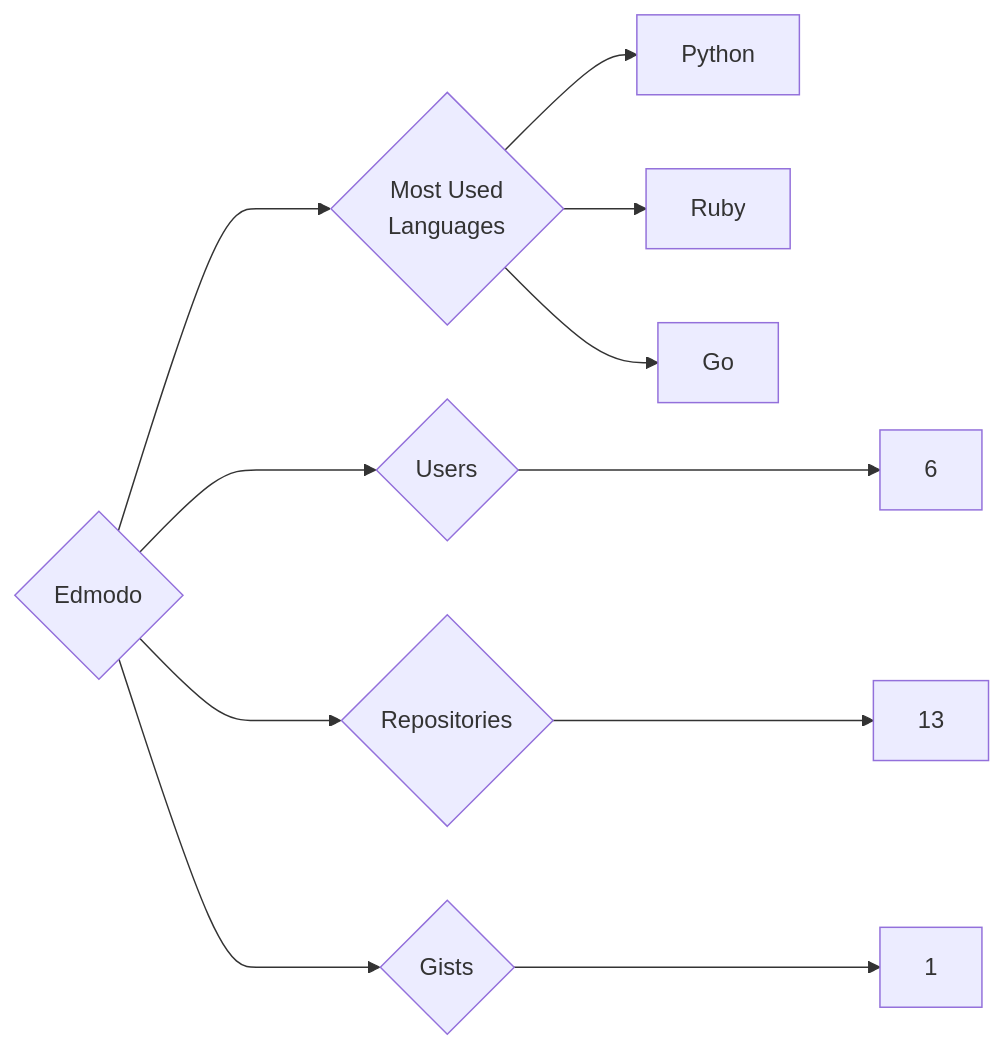
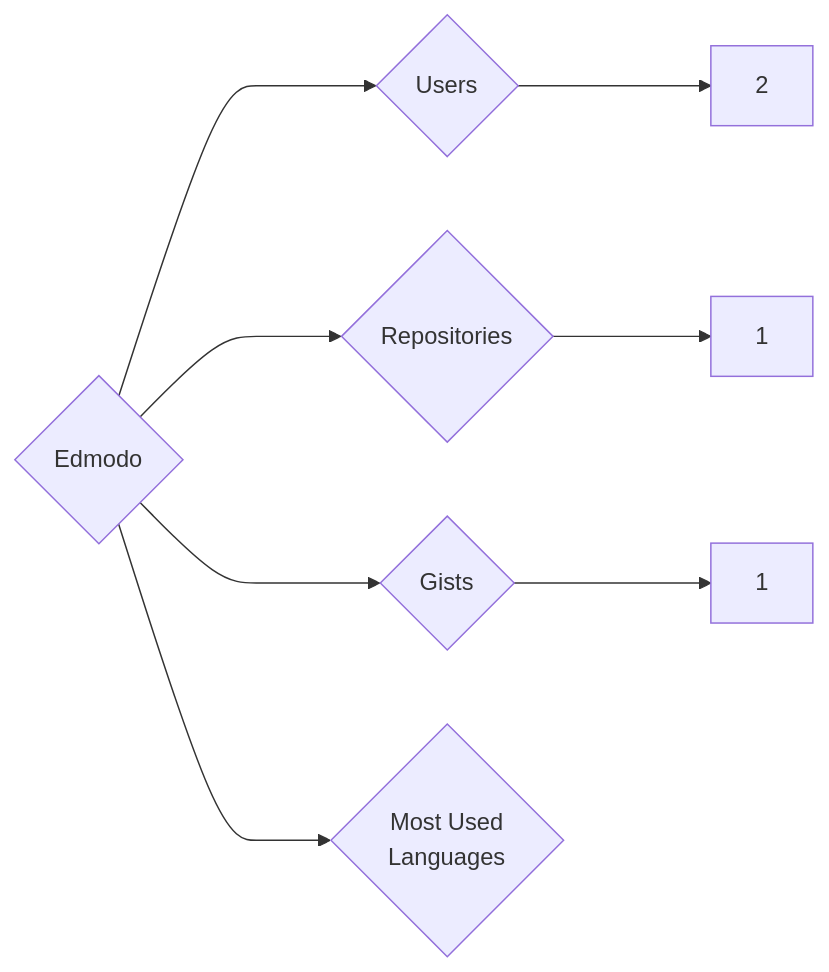
One commit to trickest/insiders changed the diagram in targets/Edmodo/README.md. Above: the diagram before and after it, drawn with Mermaid. The commit also changed 914 other files, not shown here.

````diff
--- a/targets/Edmodo/README.md
+++ b/targets/Edmodo/README.md
@@ -3,11 +3,8 @@
 ```mermaid
 graph LR
 COMPANY_NAME{Edmodo}
-COMPANY_NAME ---> U{Users} ---> UN[6]
-COMPANY_NAME ---> R{Repositories} ---> RN[13]
+COMPANY_NAME ---> U{Users} ---> UN[2]
+COMPANY_NAME ---> R{Repositories} ---> RN[1]
 COMPANY_NAME ---> G{Gists} ---> GN[1]
 COMPANY_NAME ---> ML{Most Used<br>Languages}
-ML --> Python[Python]
-ML --> Ruby[Ruby]
-ML --> Go[Go]
 ```
````
